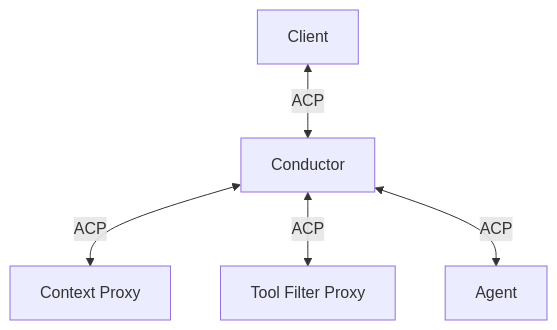
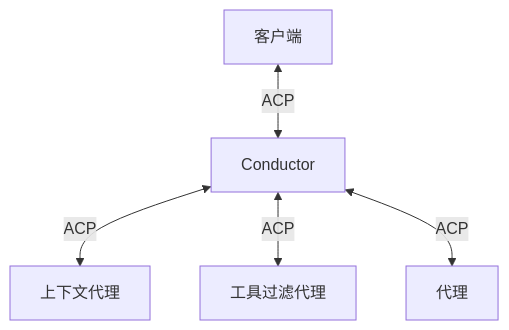
Before and after one commit to cxykevin/acp-docs-cn: the second of 11 diagrams in rfds/proxy-chains.mdx, drawn with Mermaid. The commit also changed other lines of this file and 15 other files, not shown here.

````diff
--- a/rfds/proxy-chains.mdx
+++ b/rfds/proxy-chains.mdx
@@ -54,13 +54,13 @@
 ```mermaid
 flowchart TB
-    Client[Client]
+    Client[客户端]
     C[Conductor]
-    P1[Context Proxy]
-    P2[Tool Filter Proxy]
-    A[Agent]
+    P1[上下文代理]
+    P2[工具过滤代理]
+    A[代理]
 
     Client <-->|ACP| C
     C <-->|ACP| P1
     C <-->|ACP| P2
     C <-->|ACP| A
 ```
````
